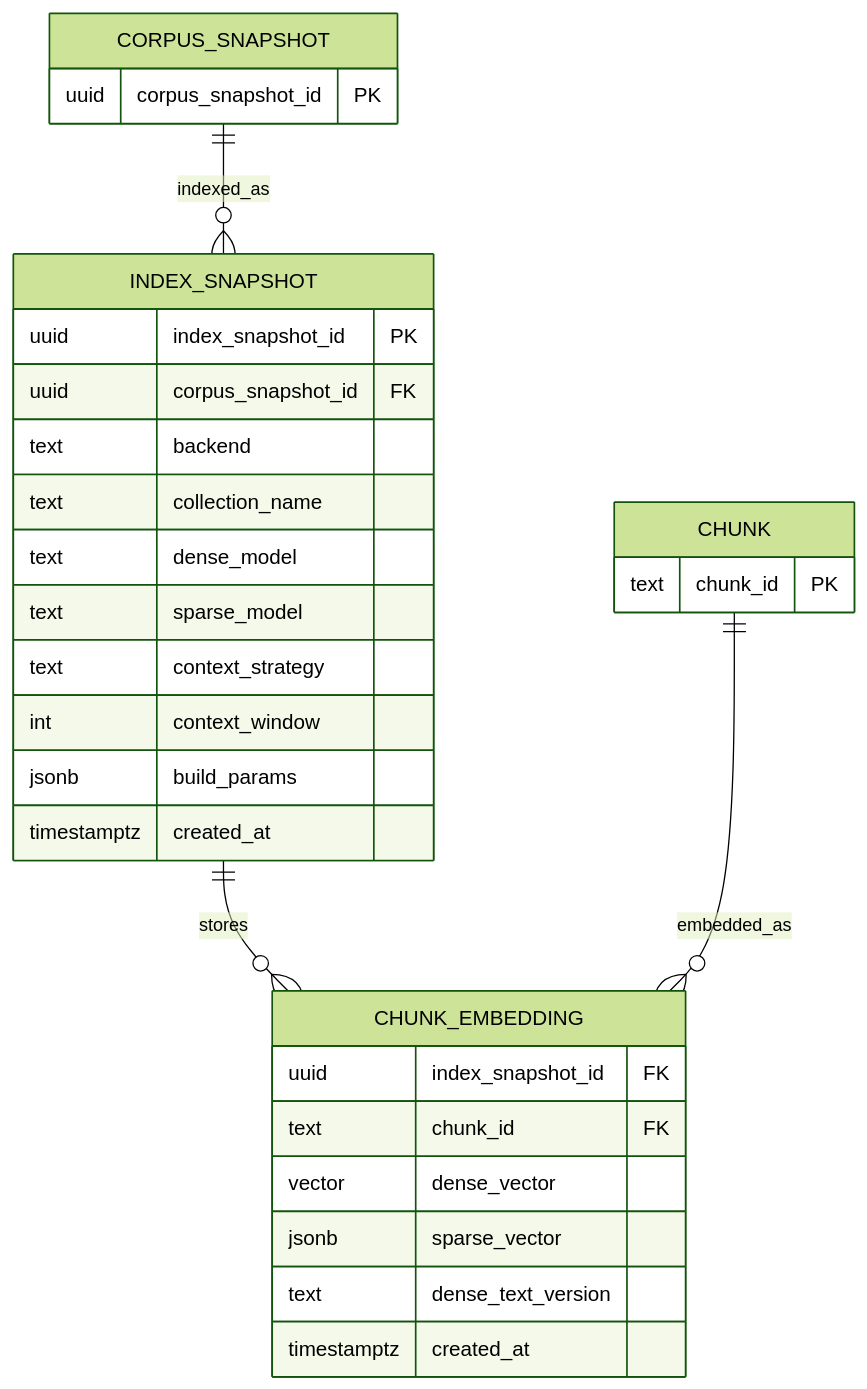
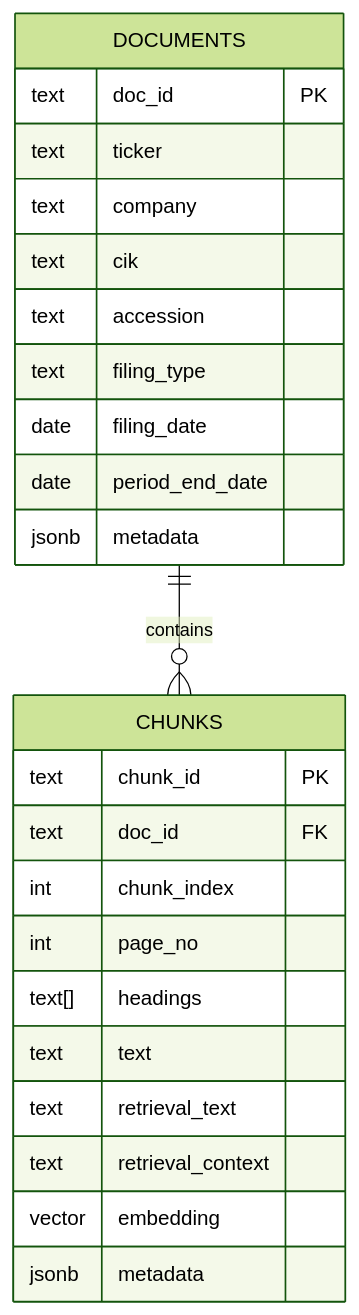
The third of 3 diagrams in README.md (linminhtoo/andromeda), drawn with Mermaid (forest theme) before and after one commit. The commit also changed other lines of this file and 39 other files, not shown here.

````diff
--- a/README.md
+++ b/README.md
@@ -257,36 +56,29 @@
 ```mermaid
 erDiagram
-  CORPUS_SNAPSHOT {
-    uuid corpus_snapshot_id PK
+  DOCUMENTS {
+    text doc_id PK
+    text ticker
+    text company
+    text cik
+    text accession
+    text filing_type
+    date filing_date
+    date period_end_date
+    jsonb metadata
   }
 
-  CHUNK {
+  CHUNKS {
     text chunk_id PK
+    text doc_id FK
+    int chunk_index
+    int page_no
+    text[] headings
+    text text
+    text retrieval_text
+    text retrieval_context
+    vector embedding
+    jsonb metadata
   }
 
-  INDEX_SNAPSHOT {
-    uuid index_snapshot_id PK
-    uuid corpus_snapshot_id FK
-    text backend
-    text collection_name
-    text dense_model
-    text sparse_model
-    text context_strategy
-    int context_window
-    jsonb build_params
-    timestamptz created_at
-  }
-
-  CHUNK_EMBEDDING {
-    uuid index_snapshot_id FK
-    text chunk_id FK
-    vector dense_vector
-    jsonb sparse_vector
-    text dense_text_version
-    timestamptz created_at
-  }
-
-  CORPUS_SNAPSHOT ||--o{ INDEX_SNAPSHOT : indexed_as
-  INDEX_SNAPSHOT ||--o{ CHUNK_EMBEDDING : stores
-  CHUNK ||--o{ CHUNK_EMBEDDING : embedded_as
+  DOCUMENTS ||--o{ CHUNKS : contains
 ```
````
